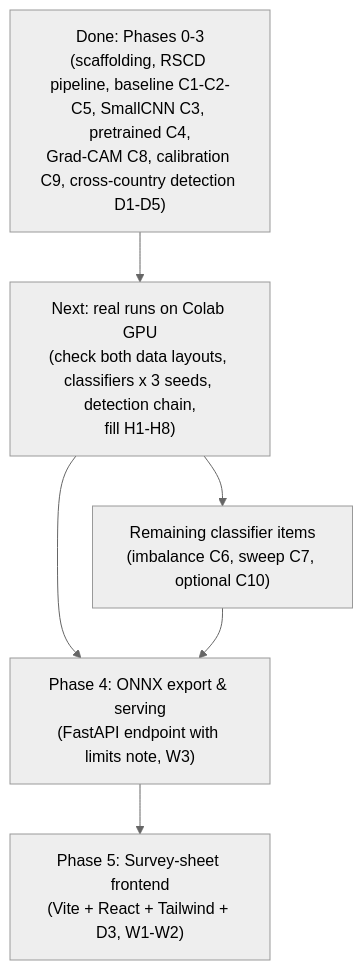
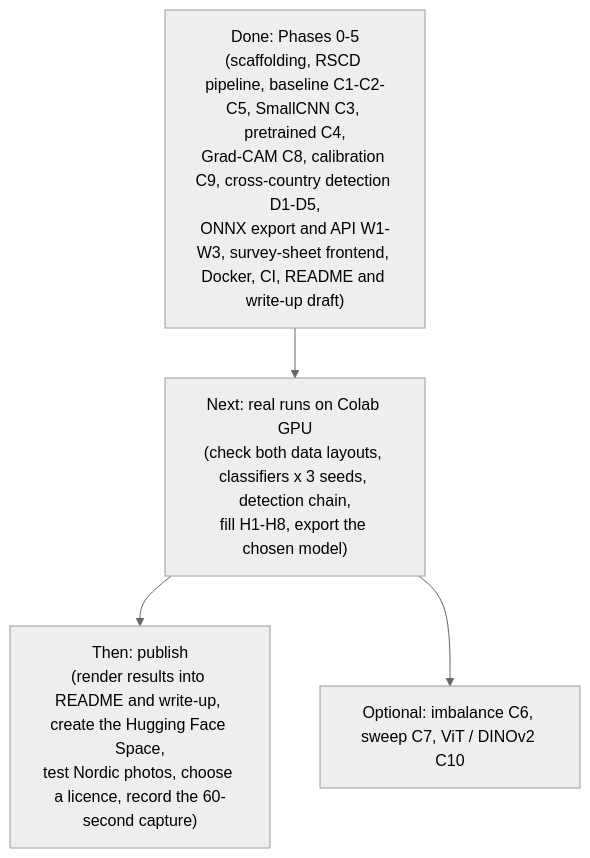
The diagram in guidance.md (siddharth250305/road-conditions-Ai), drawn with Mermaid (neutral theme) before and after one commit. The commit also changed other lines of this file and 40 other files, not shown here.

Commit message:
feat: complete Phase 5 hero landing, 3D aerial scene, and RSCD splits

````diff
--- a/guidance.md
+++ b/guidance.md
@@ -718,14 +1065,11 @@
 ```mermaid
 flowchart TD
-    Done["Done: Phases 0-3<br/>(scaffolding, RSCD pipeline, baseline C1-C2-C5, SmallCNN C3, pretrained C4,<br/>Grad-CAM C8, calibration C9, cross-country detection D1-D5)"]
-    Real["Next: real runs on Colab GPU<br/>(check both data layouts, classifiers x 3 seeds, detection chain,<br/>fill H1-H8)"]
-    Extra["Remaining classifier items<br/>(imbalance C6, sweep C7, optional C10)"]
-    Phase4["Phase 4: ONNX export & serving<br/>(FastAPI endpoint with limits note, W3)"]
-    Phase5["Phase 5: Survey-sheet frontend<br/>(Vite + React + Tailwind + D3, W1-W2)"]
+    Done["Done: Phases 0-5<br/>(scaffolding, RSCD pipeline, baseline C1-C2-C5, SmallCNN C3, pretrained C4,<br/>Grad-CAM C8, calibration C9, cross-country detection D1-D5,<br/>ONNX export and API W1-W3, survey-sheet frontend, Docker, CI, README and write-up draft)"]
+    Real["Next: real runs on Colab GPU<br/>(check both data layouts, classifiers x 3 seeds, detection chain,<br/>fill H1-H8, export the chosen model)"]
+    Publish["Then: publish<br/>(render results into README and write-up, create the Hugging Face Space,<br/>test Nordic photos, choose a licence, record the 60-second capture)"]
+    Extra["Optional: imbalance C6, sweep C7, ViT / DINOv2 C10"]
 
     Done --> Real
+    Real --> Publish
     Real --> Extra
-    Real --> Phase4
-    Extra --> Phase4
-    Phase4 --> Phase5
 ```
````
